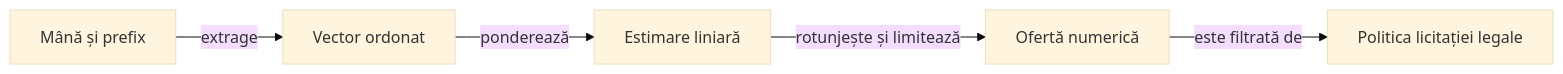
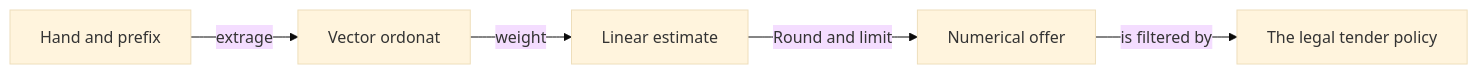
One commit to crististefanita/atf_j4 changed the diagram in whist-lab-app/ai-lab/experiments/round5-rejected-bid-prior/README.md. Above: the diagram before and after it, drawn with Mermaid (base theme). The commit also changed other lines of this file and 122 other files, not shown here.

````diff
--- a/whist-lab-app/ai-lab/experiments/round5-rejected-bid-prior/README.md
+++ b/whist-lab-app/ai-lab/experiments/round5-rejected-bid-prior/README.md
@@ -12,7 +12,7 @@
 ```mermaid
 flowchart LR
-    HAND[Mână și prefix] -->|extrage| FEATURES[Vector ordonat]
-    FEATURES -->|ponderează| MEAN[Estimare liniară]
-    MEAN -->|rotunjește și limitează| BID[Ofertă numerică]
-    BID -->|este filtrată de| LEGAL[Politica licitației legale]
+    HAND[Hand and prefix] -->|extrage| FEATURES[Vector ordonat]
+    FEATURES -->|weight| MEAN[Linear estimate]
+    MEAN -->|Round and limit| BID[Numerical offer]
+    BID -->|is filtered by| LEGAL[The legal tender policy]
 ```
````
